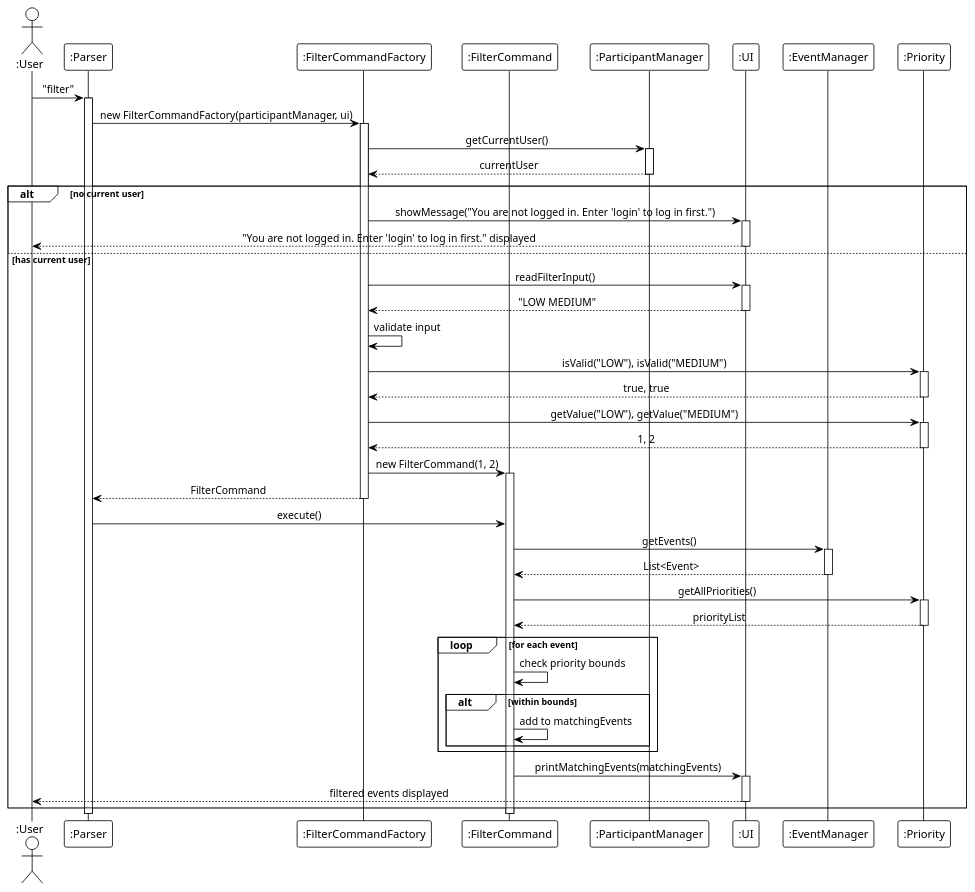
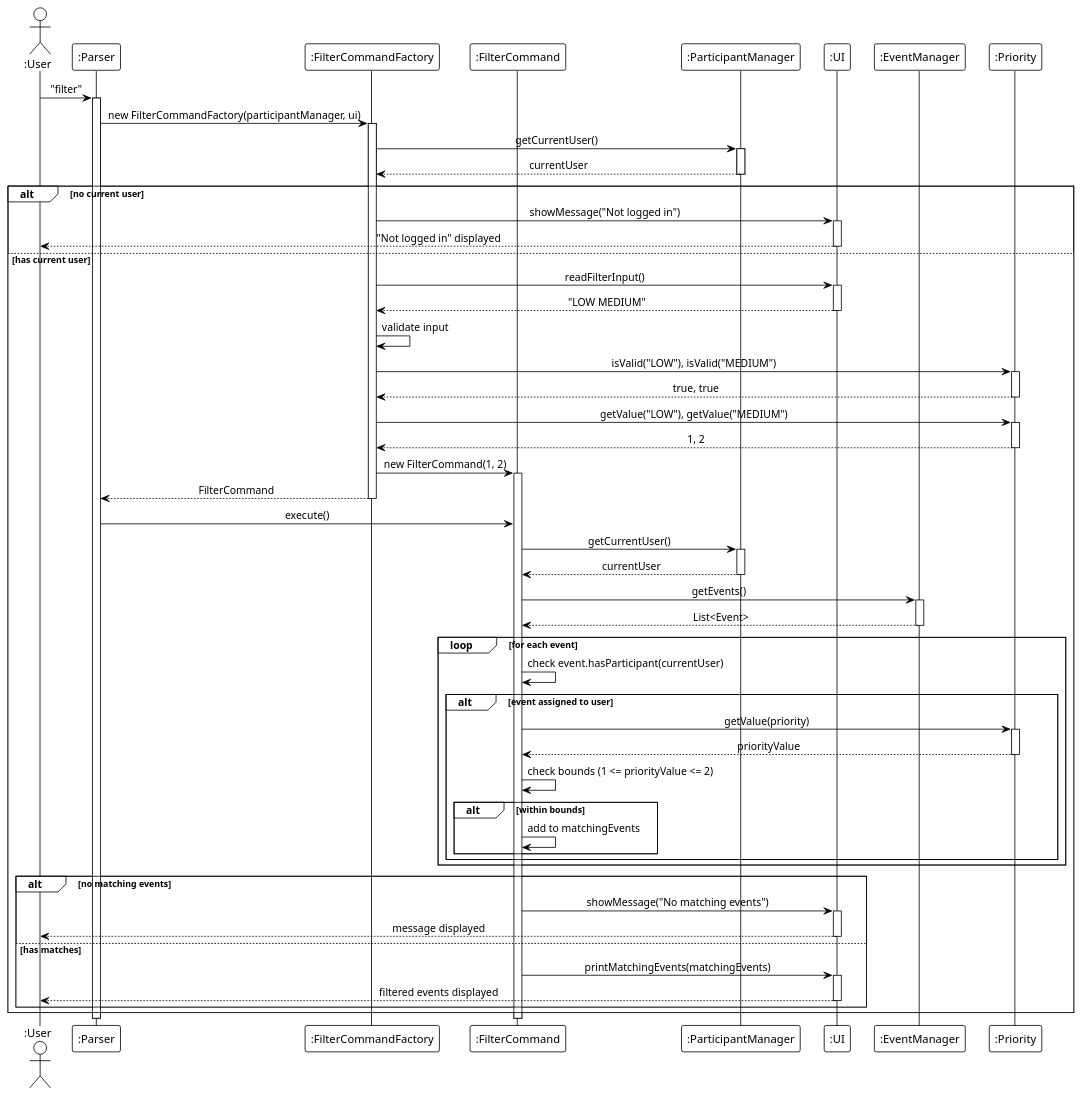
The diagram in docs/graph/FilterEvent/FilterEvent.puml (AY2425S2-CS2113-W13-2/tp), drawn with PlantUML before and after one commit. The commit also changed 4 other files, not shown here.

```diff
--- a/docs/graph/FilterEvent/FilterEvent.puml
+++ b/docs/graph/FilterEvent/FilterEvent.puml
@@ -1,79 +1,93 @@
 @startuml
 !theme plain
 skinparam sequenceMessageAlign center
 skinparam responseMessageBelowArrow true
 
 actor ":User" as User
 participant ":Parser" as Parser
 participant ":FilterCommandFactory" as CommandFactory
 participant ":FilterCommand" as Command
 participant ":ParticipantManager" as ParticipantManager
 participant ":UI" as UI
 participant ":EventManager" as EventManager
 participant ":Priority" as Priority
 
 User -> Parser : "filter"
 activate Parser
 
 Parser -> CommandFactory : new FilterCommandFactory(participantManager, ui)
 activate CommandFactory
 
 CommandFactory -> ParticipantManager : getCurrentUser()
 activate ParticipantManager
 ParticipantManager --> CommandFactory : currentUser
 deactivate ParticipantManager
 
 alt no current user
-    CommandFactory -> UI : showMessage("You are not logged in. Enter 'login' to log in first.")
+    CommandFactory -> UI : showMessage("Not logged in")
     activate UI
-    UI --> User : "You are not logged in. Enter 'login' to log in first." displayed
+    UI --> User : "Not logged in" displayed
     deactivate UI
 else has current user
     CommandFactory -> UI : readFilterInput()
     activate UI
     UI --> CommandFactory : "LOW MEDIUM"
     deactivate UI
 
     CommandFactory -> CommandFactory : validate input
     CommandFactory -> Priority : isValid("LOW"), isValid("MEDIUM")
     activate Priority
     Priority --> CommandFactory : true, true
     deactivate Priority
 
     CommandFactory -> Priority : getValue("LOW"), getValue("MEDIUM")
     activate Priority
     Priority --> CommandFactory : 1, 2
     deactivate Priority
 
     CommandFactory -> Command : new FilterCommand(1, 2)
     activate Command
     CommandFactory --> Parser : FilterCommand
     deactivate CommandFactory
     Parser -> Command : execute()
 
+    Command -> ParticipantManager : getCurrentUser()
+    activate ParticipantManager
+    ParticipantManager --> Command : currentUser
+    deactivate ParticipantManager
+
     Command -> EventManager : getEvents()
     activate EventManager
     EventManager --> Command : List<Event>
     deactivate EventManager
 
-    Command -> Priority : getAllPriorities()
-    activate Priority
-    Priority --> Command : priorityList
-    deactivate Priority
-
     loop for each event
-        Command -> Command : check priority bounds
-        alt within bounds
-            Command -> Command : add to matchingEvents
+        Command -> Command : check event.hasParticipant(currentUser)
+        alt event assigned to user
+            Command -> Priority : getValue(priority)
+            activate Priority
+            Priority --> Command : priorityValue
+            deactivate Priority
+            Command -> Command : check bounds (1 <= priorityValue <= 2)
+            alt within bounds
+                Command -> Command : add to matchingEvents
+            end
         end
     end
 
-    Command -> UI : printMatchingEvents(matchingEvents)
-    activate UI
-    UI --> User : filtered events displayed
-    deactivate UI
+    alt no matching events
+        Command -> UI : showMessage("No matching events")
+        activate UI
+        UI --> User : message displayed
+        deactivate UI
+    else has matches
+        Command -> UI : printMatchingEvents(matchingEvents)
+        activate UI
+        UI --> User : filtered events displayed
+        deactivate UI
+    end
 end
 
 deactivate Command
 deactivate Parser
 @enduml
```
